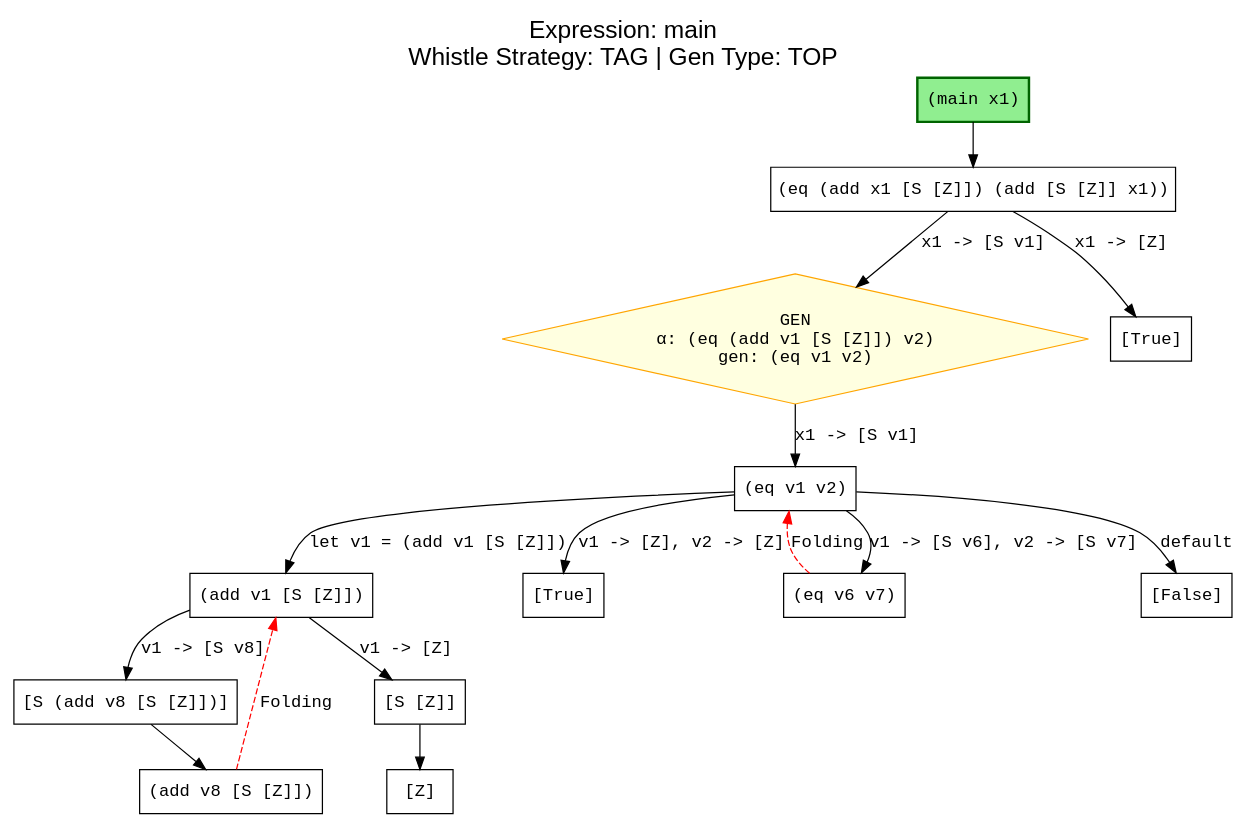
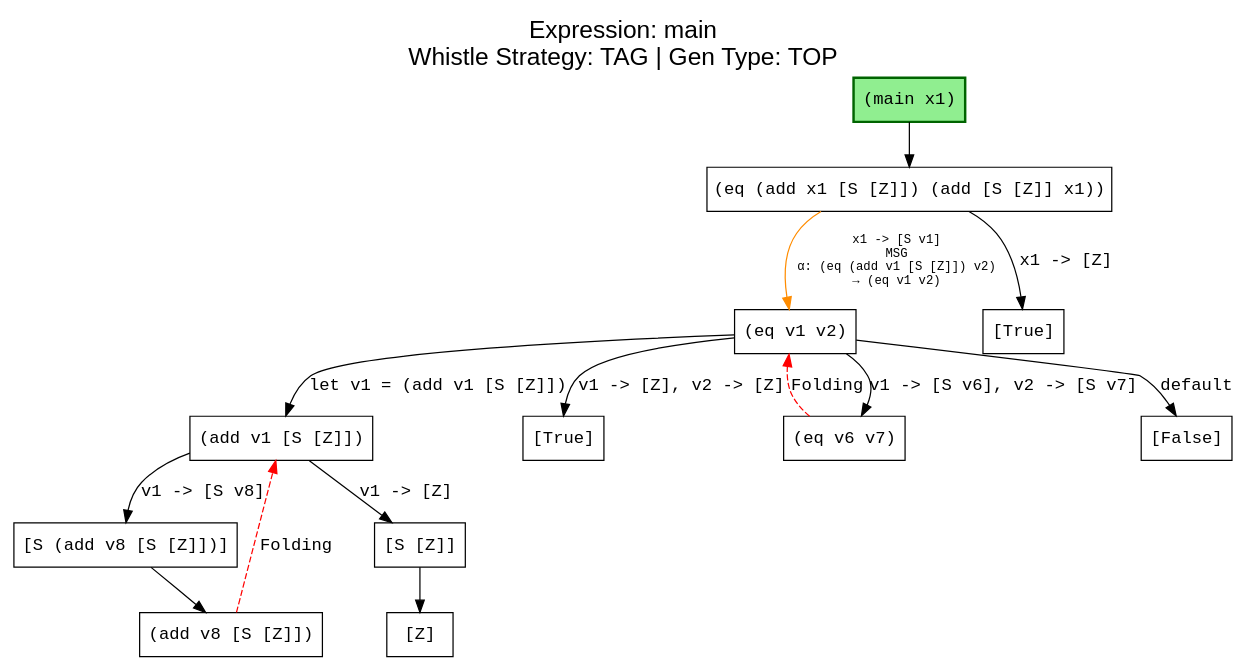
Before and after one commit to makezh/coursework_supercompiler: the diagram in output/commute/tag.dot, drawn with Graphviz. The commit also changed 4 other files, not shown here.

```diff
--- a/output/commute/tag.dot
+++ b/output/commute/tag.dot
@@ -1,36 +1,34 @@
 digraph ProcessTree {
   label="Expression: main\nWhistle Strategy: TAG | Gen Type: TOP";
   labelloc="t";
   fontsize=20;
   fontname="Arial";
 
     node [fontname="Courier New"];
     edge [fontname="Courier New"];
     start [label="(main x1)", shape=box, style="filled", fillcolor="lightgreen", color="darkgreen", penwidth=2.0];
     start -> n0 [];
     n0 [label="(eq (add x1 [S [Z]]) (add [S [Z]] x1))", shape=box];
-    gen1 [label="GEN\nα: (eq (add v1 [S [Z]]) v2)\ngen: (eq v1 v2)", shape=diamond, style="filled", fillcolor="lightyellow", color="orange"];
-    n0 -> gen1 [label="x1 -> [S v1]"];
-    gen1 -> n1 [label="x1 -> [S v1]"];
+    n0 -> n1 [label="x1 -> [S v1]\nMSG\nα: (eq (add v1 [S [Z]]) v2)\n→ (eq v1 v2)", color="darkorange", fontcolor="black", fontsize=10];
     n0 -> n2 [label="x1 -> [Z]"];
     n1 [label="(eq v1 v2)", shape=box];
     n1 -> n3 [label="let v1 = (add v1 [S [Z]])"];
     n1 -> n4 [label="v1 -> [Z], v2 -> [Z]"];
     n1 -> n5 [label="v1 -> [S v6], v2 -> [S v7]"];
     n1 -> n6 [label="default"];
     n2 [label="[True]", shape=box];
     n3 [label="(add v1 [S [Z]])", shape=box];
     n3 -> n7 [label="v1 -> [S v8]"];
     n3 -> n8 [label="v1 -> [Z]"];
     n4 [label="[True]", shape=box];
     n5 [label="(eq v6 v7)", shape=box];
     n5 -> n1 [style=dashed, color=red, label="Folding"];
     n6 [label="[False]", shape=box];
     n7 [label="[S (add v8 [S [Z]])]", shape=box];
     n7 -> n9 [label=""];
     n8 [label="[S [Z]]", shape=box];
     n8 -> n10 [label=""];
     n9 [label="(add v8 [S [Z]])", shape=box];
     n9 -> n3 [style=dashed, color=red, label="Folding"];
     n10 [label="[Z]", shape=box];
 }
```
